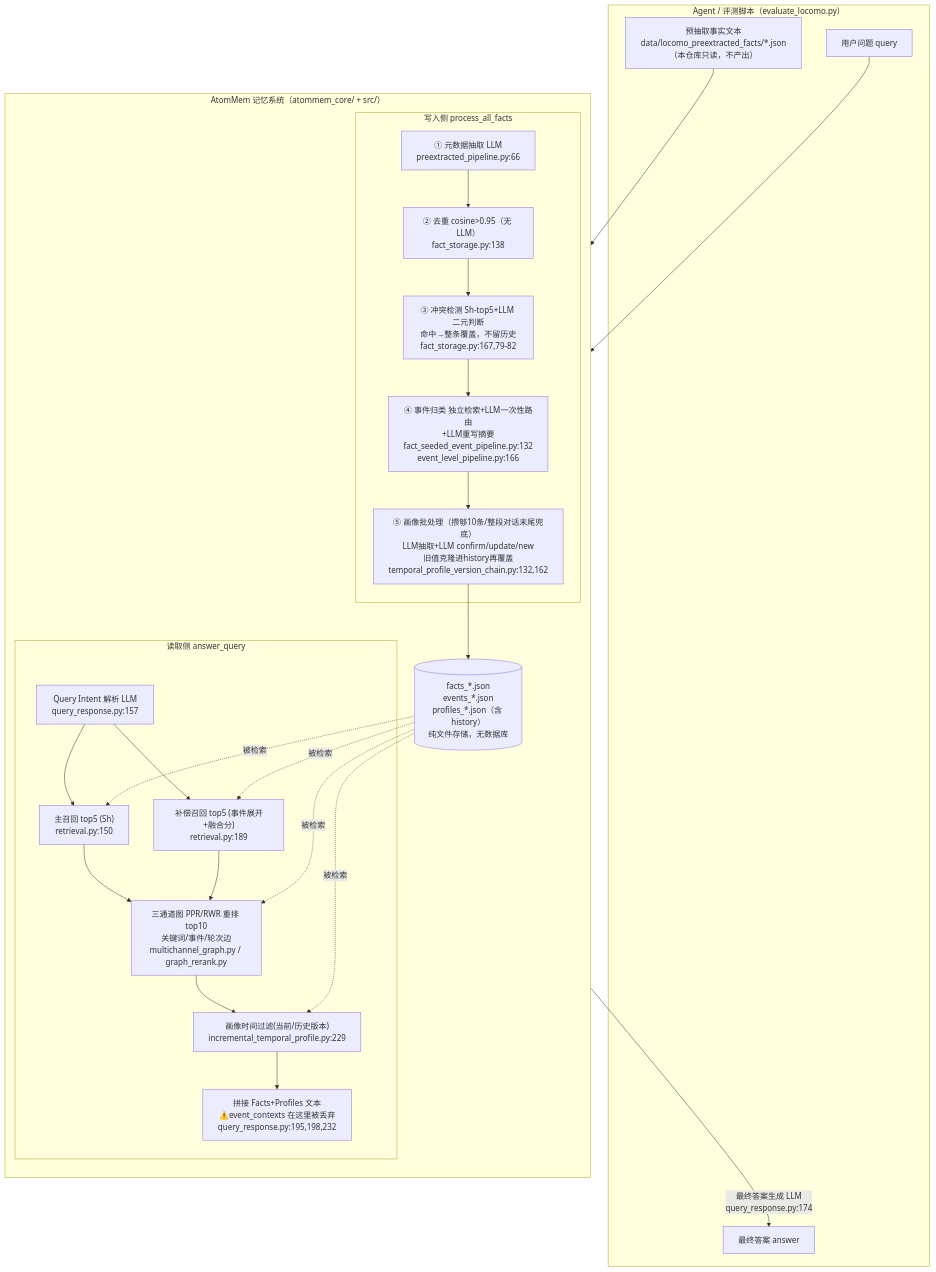
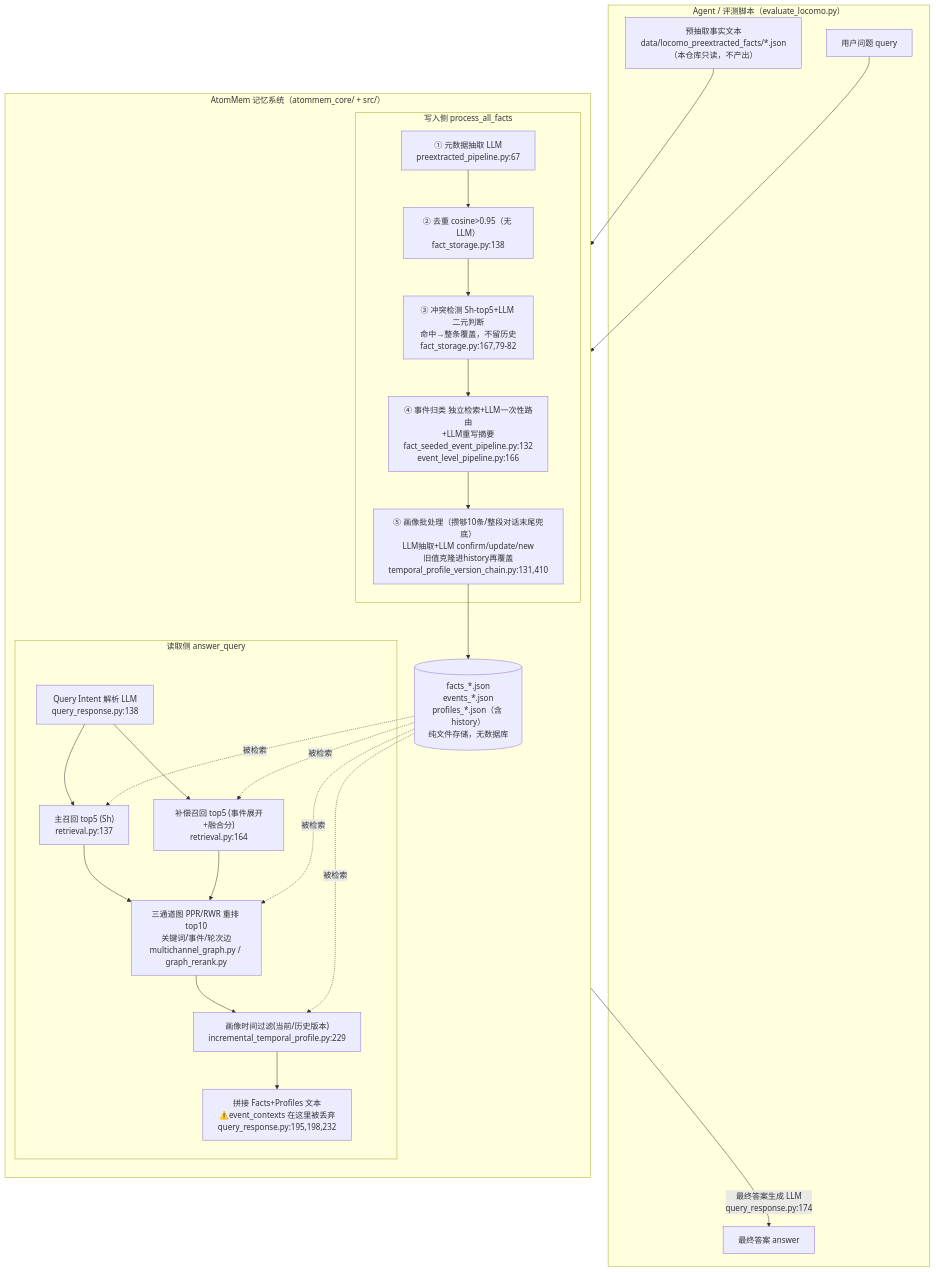
The diagram in servers/atommem/code-architecture.md (wafo210715/memory-bench), drawn with Mermaid before and after one commit. The commit also changed other lines of this file and 25 other files, not shown here.

````diff
--- a/servers/atommem/code-architecture.md
+++ b/servers/atommem/code-architecture.md
@@ -46,41 +47,41 @@
 ```mermaid
 flowchart TB
     subgraph AGENT["Agent / 评测脚本（evaluate_locomo.py）"]
         RAW["预抽取事实文本\ndata/locomo_preextracted_facts/*.json\n（本仓库只读，不产出）"]
         Q["用户问题 query"]
         ANS["最终答案 answer"]
     end
 
     subgraph MEM["AtomMem 记忆系统（atommem_core/ + src/）"]
         direction TB
 
         subgraph WRITE["写入侧 process_all_facts"]
-            META["① 元数据抽取 LLM\npreextracted_pipeline.py:66"]
+            META["① 元数据抽取 LLM\npreextracted_pipeline.py:67"]
             DEDUP["② 去重 cosine>0.95（无 LLM）\nfact_storage.py:138"]
             CONFLICT["③ 冲突检测 Sh-top5+LLM 二元判断\n命中→整条覆盖，不留历史\nfact_storage.py:167,79-82"]
             EVENT["④ 事件归类 独立检索+LLM一次性路由\n+LLM重写摘要\nfact_seeded_event_pipeline.py:132\nevent_level_pipeline.py:166"]
-            PROFILE["⑤ 画像批处理（攒够10条/整段对话末尾兜底）\nLLM抽取+LLM confirm/update/new\n旧值克隆进history再覆盖\ntemporal_profile_version_chain.py:132,162"]
+            PROFILE["⑤ 画像批处理（攒够10条/整段对话末尾兜底）\nLLM抽取+LLM confirm/update/new\n旧值克隆进history再覆盖\ntemporal_profile_version_chain.py:131,410"]
         end
 
         STORE[("facts_*.json\nevents_*.json\nprofiles_*.json（含 history）\n纯文件存储，无数据库")]
 
         subgraph READ["读取侧 answer_query"]
-            INTENT["Query Intent 解析 LLM\nquery_response.py:157"]
-            PRIMARY["主召回 top5 (Sh)\nretrieval.py:150"]
-            COMP["补偿召回 top5 (事件展开+融合分)\nretrieval.py:189"]
+            INTENT["Query Intent 解析 LLM\nquery_response.py:138"]
+            PRIMARY["主召回 top5 (Sh)\nretrieval.py:137"]
+            COMP["补偿召回 top5 (事件展开+融合分)\nretrieval.py:164"]
             GRAPH["三通道图 PPR/RWR 重排 top10\n关键词/事件/轮次边\nmultichannel_graph.py / graph_rerank.py"]
             PROFFILTER["画像时间过滤(当前/历史版本)\nincremental_temporal_profile.py:229"]
             FORMAT["拼接 Facts+Profiles 文本\n⚠️event_contexts 在这里被丢弃\nquery_response.py:195,198,232"]
         end
 
         META --> DEDUP --> CONFLICT --> EVENT --> PROFILE --> STORE
     end
 
     RAW --> META
     Q --> INTENT --> PRIMARY & COMP --> GRAPH --> PROFFILTER --> FORMAT
     STORE -. 被检索 .-> PRIMARY
     STORE -. 被检索 .-> COMP
     STORE -. 被检索 .-> GRAPH
     STORE -. 被检索 .-> PROFFILTER
     FORMAT -- "最终答案生成 LLM\nquery_response.py:174" --> ANS
 ```
````
